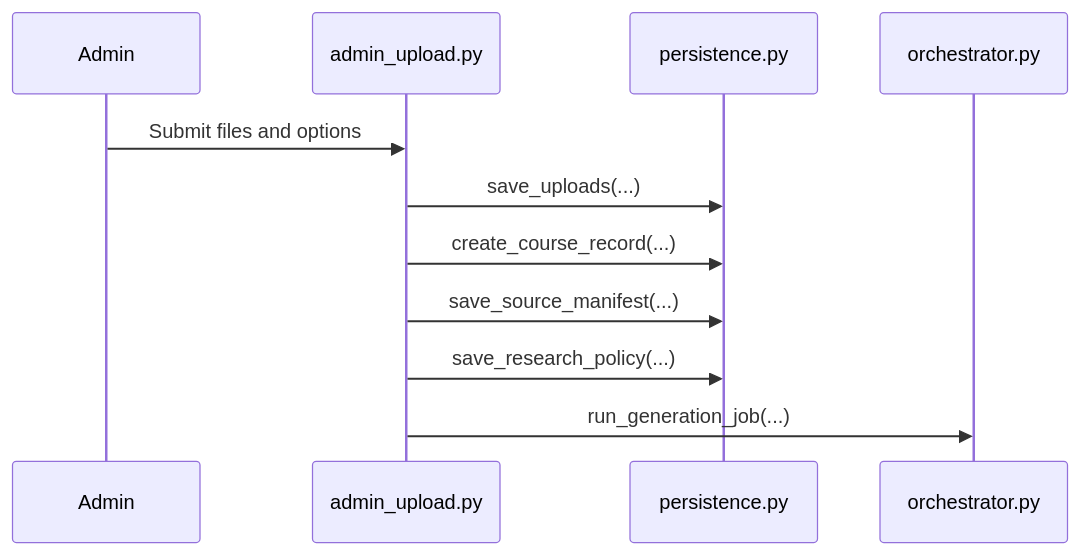
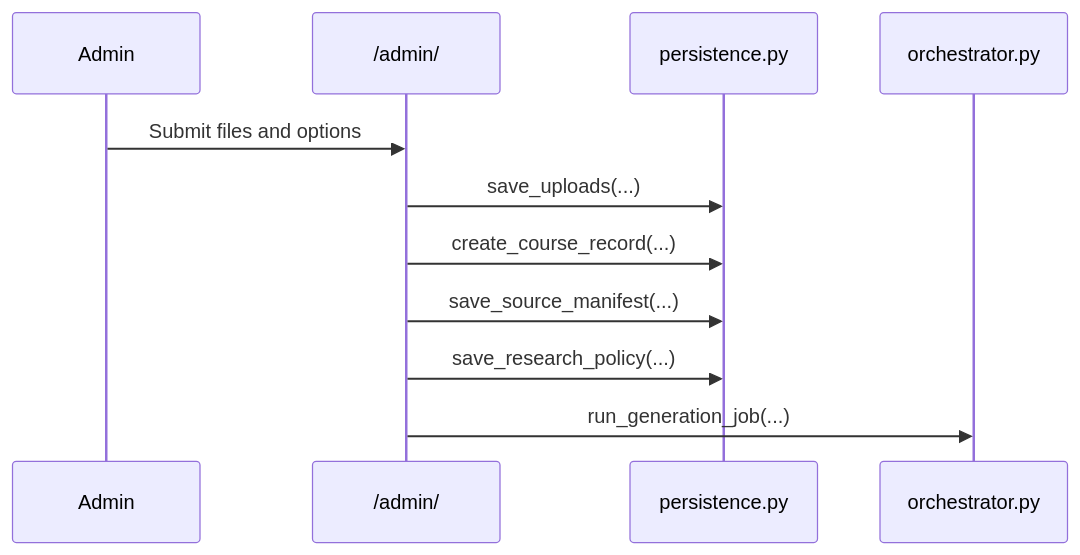
Before and after one commit to jjohana/kojyto: the third of 6 diagrams in complete_pipeline.md, drawn with Mermaid. The commit also changed other lines of this file and 4 other files, not shown here.

````diff
--- a/complete_pipeline.md
+++ b/complete_pipeline.md
@@ -291,14 +291,14 @@
 ```mermaid
 sequenceDiagram
     participant Admin
-    participant Page as admin_upload.py
+    participant Page as /admin/
     participant Store as persistence.py
     participant Orch as orchestrator.py
 
     Admin->>Page: Submit files and options
     Page->>Store: save_uploads(...)
     Page->>Store: create_course_record(...)
     Page->>Store: save_source_manifest(...)
     Page->>Store: save_research_policy(...)
     Page->>Orch: run_generation_job(...)
 ```
````
